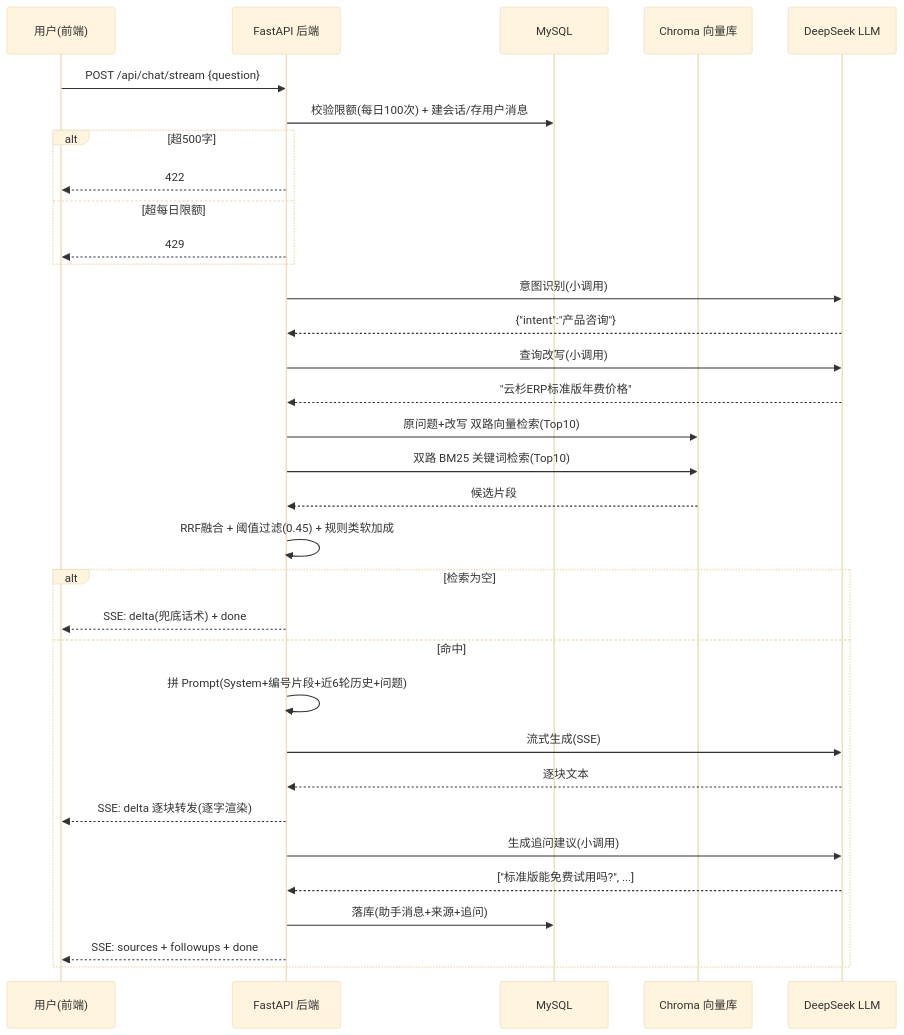
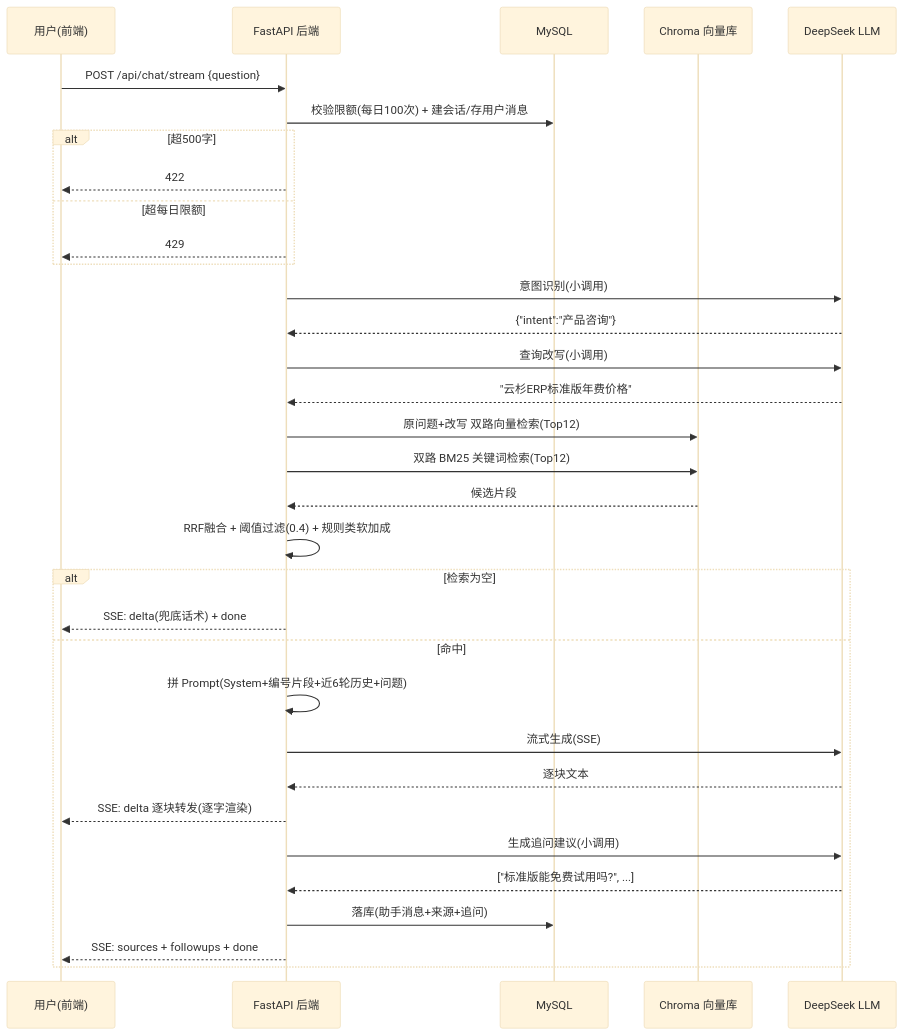
Before and after one commit to BingSeChuan/haici-ai-customer-service: the first of 4 diagrams in docs/业务流程说明.md, drawn with Mermaid (base theme). The commit also changed other lines of this file and 11 other files, not shown here.

````diff
--- a/docs/业务流程说明.md
+++ b/docs/业务流程说明.md
@@ -5,36 +5,36 @@
 ```mermaid
 sequenceDiagram
     participant U as 用户(前端)
     participant F as FastAPI 后端
     participant M as MySQL
     participant V as Chroma 向量库
     participant L as DeepSeek LLM
 
     U->>F: POST /api/chat/stream {question}
     F->>M: 校验限额(每日100次) + 建会话/存用户消息
     alt 超500字
         F-->>U: 422
     else 超每日限额
         F-->>U: 429
     end
     F->>L: 意图识别(小调用)
     L-->>F: {"intent":"产品咨询"}
     F->>L: 查询改写(小调用)
     L-->>F: "云杉ERP标准版年费价格"
-    F->>V: 原问题+改写 双路向量检索(Top10)
-    F->>V: 双路 BM25 关键词检索(Top10)
+    F->>V: 原问题+改写 双路向量检索(Top12)
+    F->>V: 双路 BM25 关键词检索(Top12)
     V-->>F: 候选片段
-    F->>F: RRF融合 + 阈值过滤(0.45) + 规则类软加成
+    F->>F: RRF融合 + 阈值过滤(0.4) + 规则类软加成
     alt 检索为空
         F-->>U: SSE: delta(兜底话术) + done
     else 命中
         F->>F: 拼 Prompt(System+编号片段+近6轮历史+问题)
         F->>L: 流式生成(SSE)
         L-->>F: 逐块文本
         F-->>U: SSE: delta 逐块转发(逐字渲染)
         F->>L: 生成追问建议(小调用)
         L-->>F: ["标准版能免费试用吗?", ...]
         F->>M: 落库(助手消息+来源+追问)
         F-->>U: SSE: sources + followups + done
     end
 ```
````
